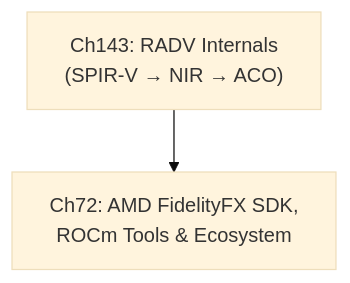
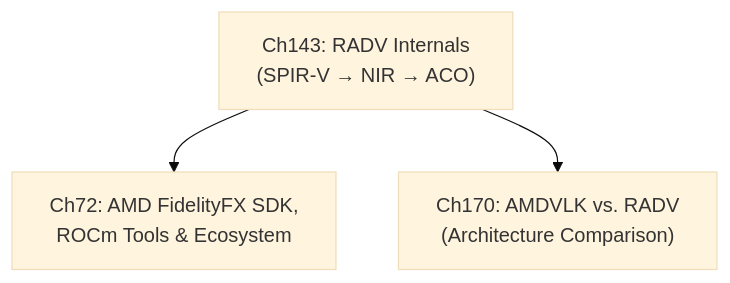
The diagram in chapters/part-17-amd-ecosystem/part-intro.md (jreuben11/linux-graphics-stack-book), drawn with Mermaid (base theme) before and after one commit. The commit also changed other lines of this file and 16 other files, not shown here.

````diff
--- a/chapters/part-17-amd-ecosystem/part-intro.md
+++ b/chapters/part-17-amd-ecosystem/part-intro.md
@@ -17,7 +21,9 @@
 ```mermaid
 graph TD
     A["Ch143: RADV Internals\n(SPIR-V → NIR → ACO)"]
     B["Ch72: AMD FidelityFX SDK,\nROCm Tools & Ecosystem"]
+    C["Ch170: AMDVLK vs. RADV\n(Architecture Comparison)"]
 
     A --> B
+    A --> C
 ```
````
